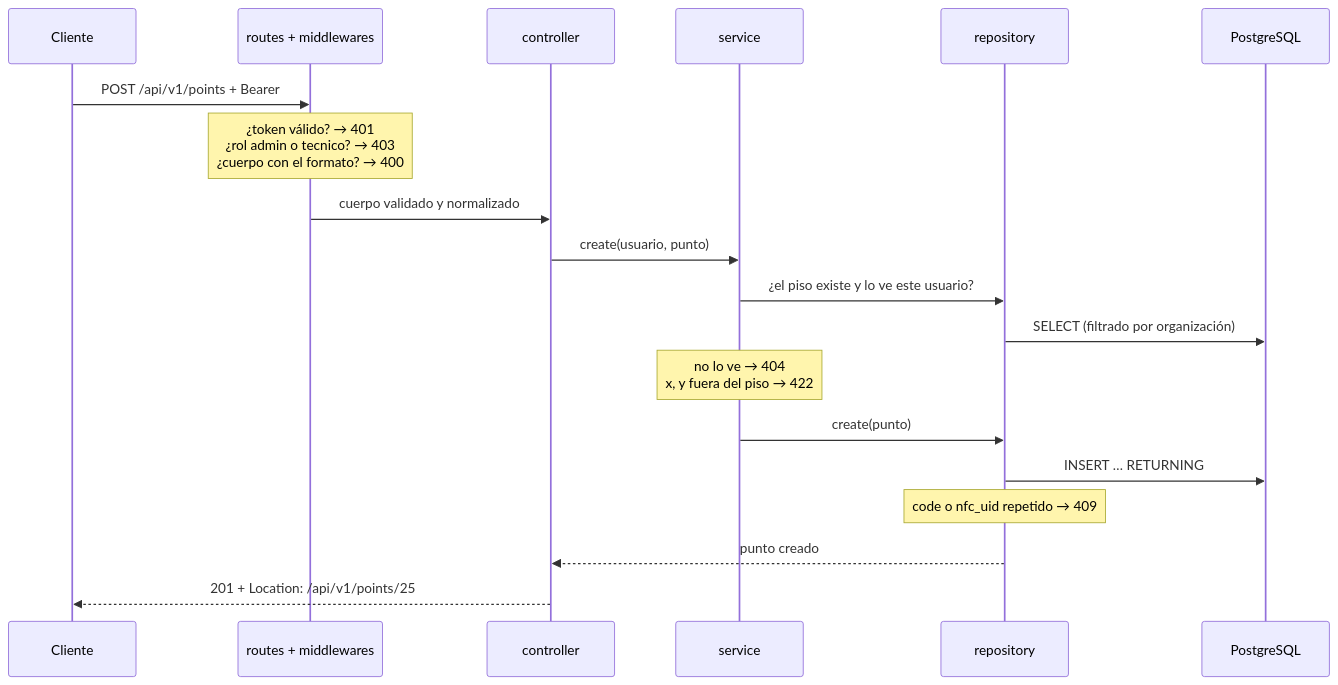
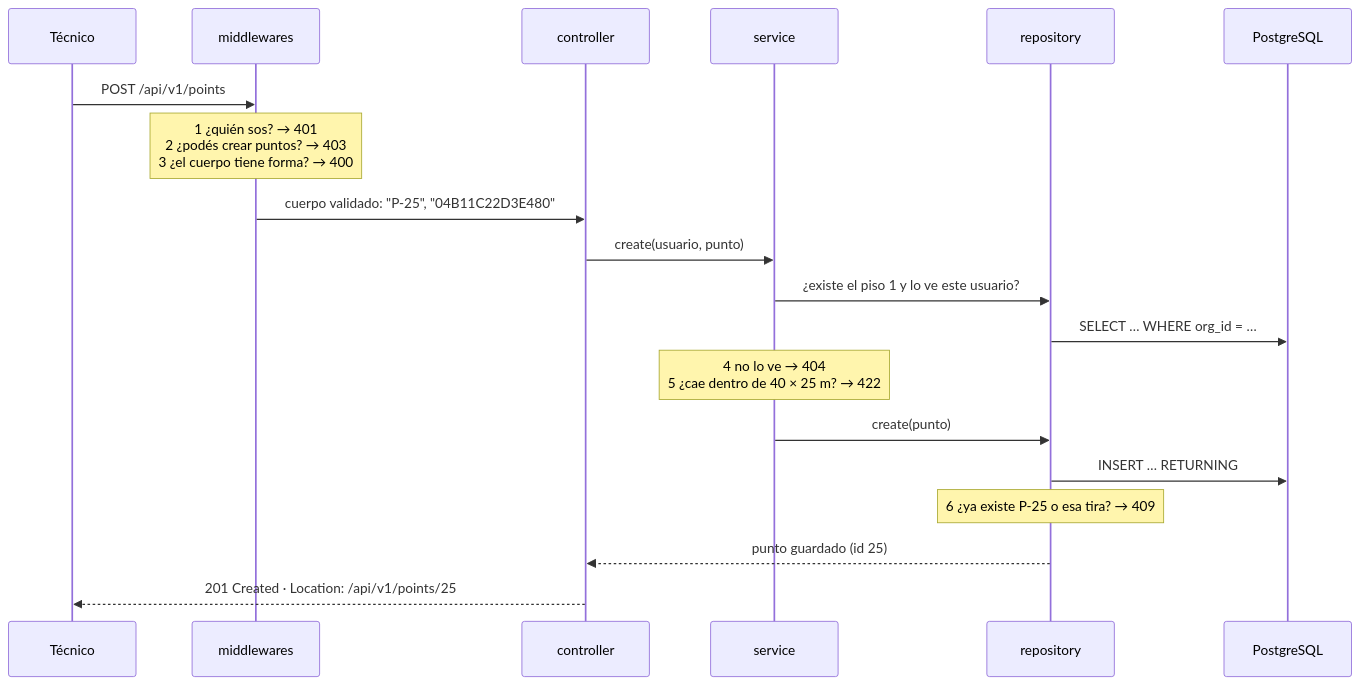
The second of 5 diagrams in docs/documento-tecnico.md (Signali/MapeoWifiSignal), drawn with Mermaid before and after one commit. The commit also changed other lines of this file and 1 other file, not shown here.

First line of the commit message:
Documento tecnico: estilo narrativo, carga (8.3), declaracion de IA (8.4) y ensayo de portabilidad (6.6)

````diff
--- a/docs/documento-tecnico.md
+++ b/docs/documento-tecnico.md
@@ -101,21 +107,21 @@
 ```mermaid
 sequenceDiagram
-  participant C as Cliente
-  participant R as routes + middlewares
+  participant C as Técnico
+  participant M as middlewares
   participant Ct as controller
   participant S as service
-  participant Rp as repository
+  participant R as repository
   participant DB as PostgreSQL
-  C->>R: POST /api/v1/points + Bearer
-  Note over R: ¿token válido? → 401<br/>¿rol admin o tecnico? → 403<br/>¿cuerpo con el formato? → 400
-  R->>Ct: cuerpo validado y normalizado
+  C->>M: POST /api/v1/points
+  Note over M: 1 ¿quién sos? → 401<br/>2 ¿podés crear puntos? → 403<br/>3 ¿el cuerpo tiene forma? → 400
+  M->>Ct: cuerpo validado: "P-25", "04B11C22D3E480"
   Ct->>S: create(usuario, punto)
-  S->>Rp: ¿el piso existe y lo ve este usuario?
-  Rp->>DB: SELECT (filtrado por organización)
-  Note over S: no lo ve → 404<br/>x, y fuera del piso → 422
-  S->>Rp: create(punto)
-  Rp->>DB: INSERT … RETURNING
-  Note over Rp: code o nfc_uid repetido → 409
-  Rp-->>Ct: punto creado
-  Ct-->>C: 201 + Location: /api/v1/points/25
+  S->>R: ¿existe el piso 1 y lo ve este usuario?
+  R->>DB: SELECT … WHERE org_id = …
+  Note over S: 4 no lo ve → 404<br/>5 ¿cae dentro de 40 × 25 m? → 422
+  S->>R: create(punto)
+  R->>DB: INSERT … RETURNING
+  Note over R: 6 ¿ya existe P-25 o esa tira? → 409
+  R-->>Ct: punto guardado (id 25)
+  Ct-->>C: 201 Created · Location: /api/v1/points/25
 ```
````
